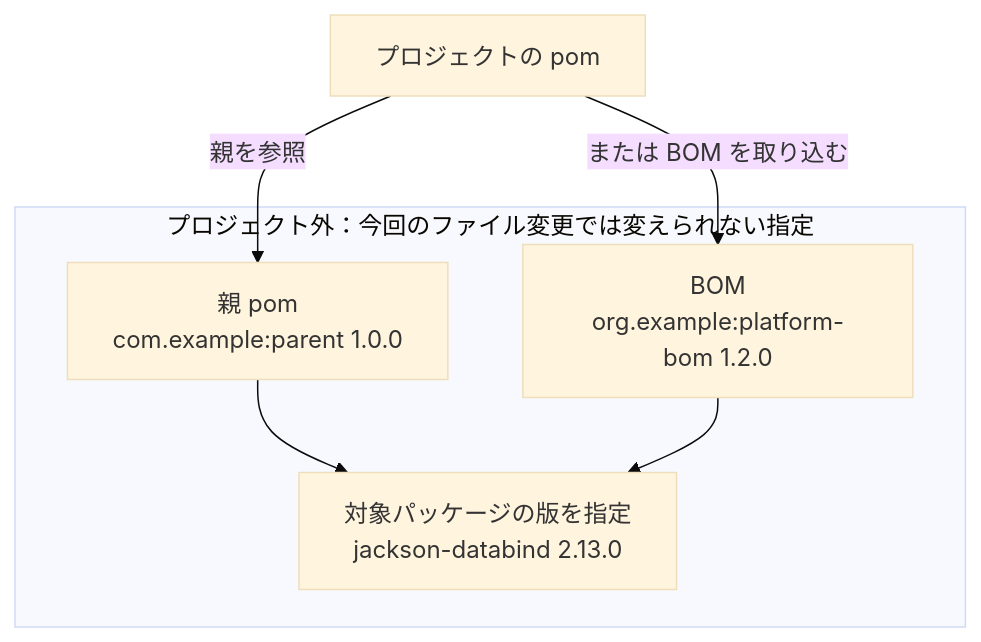
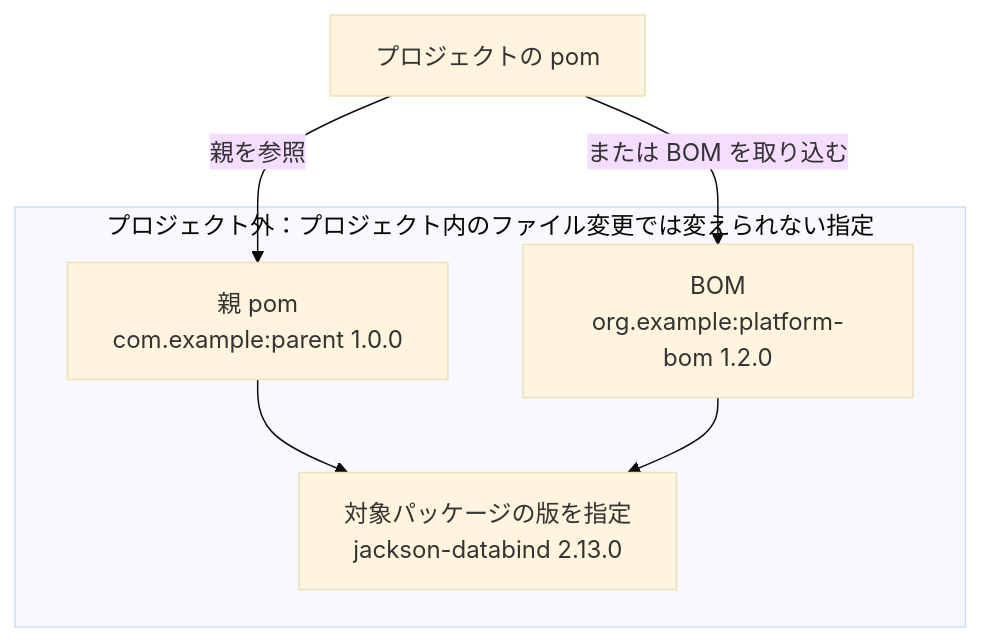
Before and after one commit to kitsunetrail/kestrelynx: the third of 4 diagrams in docs-ja/documentation/remediation-results.md, drawn with Mermaid (base theme). The commit also changed other lines of this file and 19 other files, not shown here.

````diff
--- a/docs-ja/documentation/remediation-results.md
+++ b/docs-ja/documentation/remediation-results.md
@@ -488,9 +488,9 @@
 ```mermaid
 flowchart TD
     P["プロジェクトの pom"] -->|"親を参照"| A["親 pom<br/>com.example:parent 1.0.0"]
     P -->|"または BOM を取り込む"| B["BOM<br/>org.example:platform-bom 1.2.0"]
-    subgraph E["プロジェクト外：今回のファイル変更では変えられない指定"]
+    subgraph E["プロジェクト外：プロジェクト内のファイル変更では変えられない指定"]
         A --> V["対象パッケージの版を指定<br/>jackson-databind 2.13.0"]
         B --> V
     end
 ```
````
